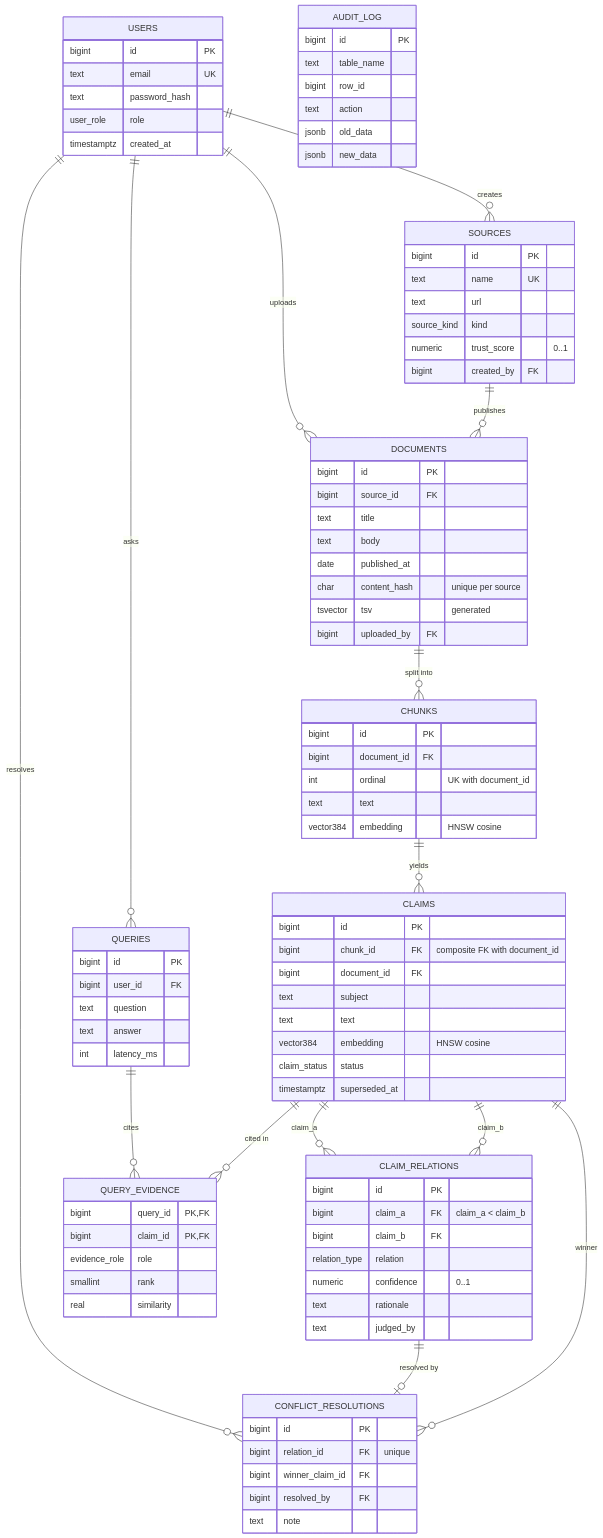
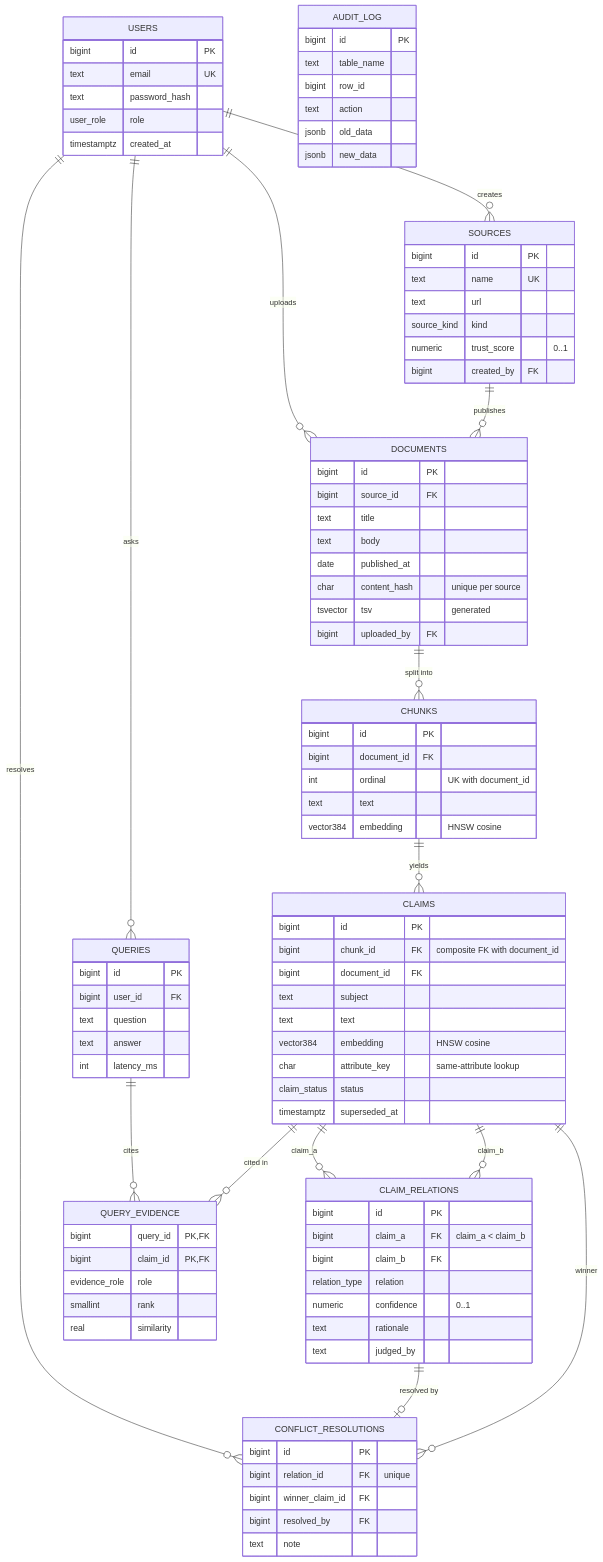
Before and after one commit to santoshcheethiralame-dot/ConRAG: the diagram in docs/er-diagram.md, drawn with Mermaid. The commit also changed other lines of this file and 16 other files, not shown here.

```diff
--- a/docs/er-diagram.md
+++ b/docs/er-diagram.md
@@ -61,6 +61,7 @@
     text subject
     text text
     vector384 embedding "HNSW cosine"
+    char attribute_key "same-attribute lookup"
     claim_status status
     timestamptz superseded_at
   }
```
